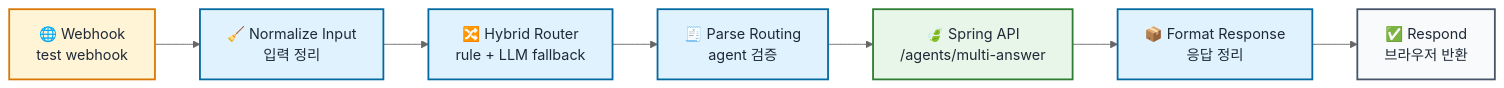
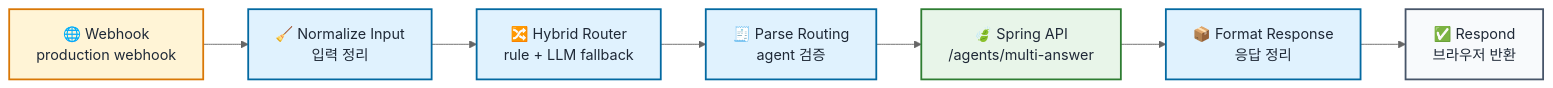
One commit to kkkwp/hybrid-rag-voicebot changed the fourth of 7 diagrams in README.md. Above: the diagram before and after it, drawn with Mermaid (neutral theme). The commit also changed other lines of this file and 3 other files, not shown here.

Commit message:
chore: switch n8n webhook integration to production endpoint

````diff
--- a/README.md
+++ b/README.md
@@ -270,22 +270,22 @@
 ```mermaid
 flowchart LR
-    W["🌐 Webhook<br/>test webhook"]
+    W["🌐 Webhook<br/>production webhook"]
     N["🧹 Normalize Input<br/>입력 정리"]
     R["🔀 Hybrid Router<br/>rule + LLM fallback"]
     P["🧾 Parse Routing<br/>agent 검증"]
     A["🍃 Spring API<br/>/agents/multi-answer"]
     F["📦 Format Response<br/>응답 정리"]
     O["✅ Respond<br/>브라우저 반환"]
 
     W --> N --> R --> P --> A --> F --> O
 
     classDef entry fill:#fff4d6,stroke:#d97706,color:#1f2937,stroke-width:2px;
     classDef n8n fill:#e0f2fe,stroke:#0369a1,color:#1f2937,stroke-width:2px;
     classDef spring fill:#e8f5e9,stroke:#2e7d32,color:#1f2937,stroke-width:2px;
     classDef out fill:#f8fafc,stroke:#475569,color:#1f2937,stroke-width:2px;
 
     class W entry;
     class N,R,P,F n8n;
     class A spring;
     class O out;
 ```
````
